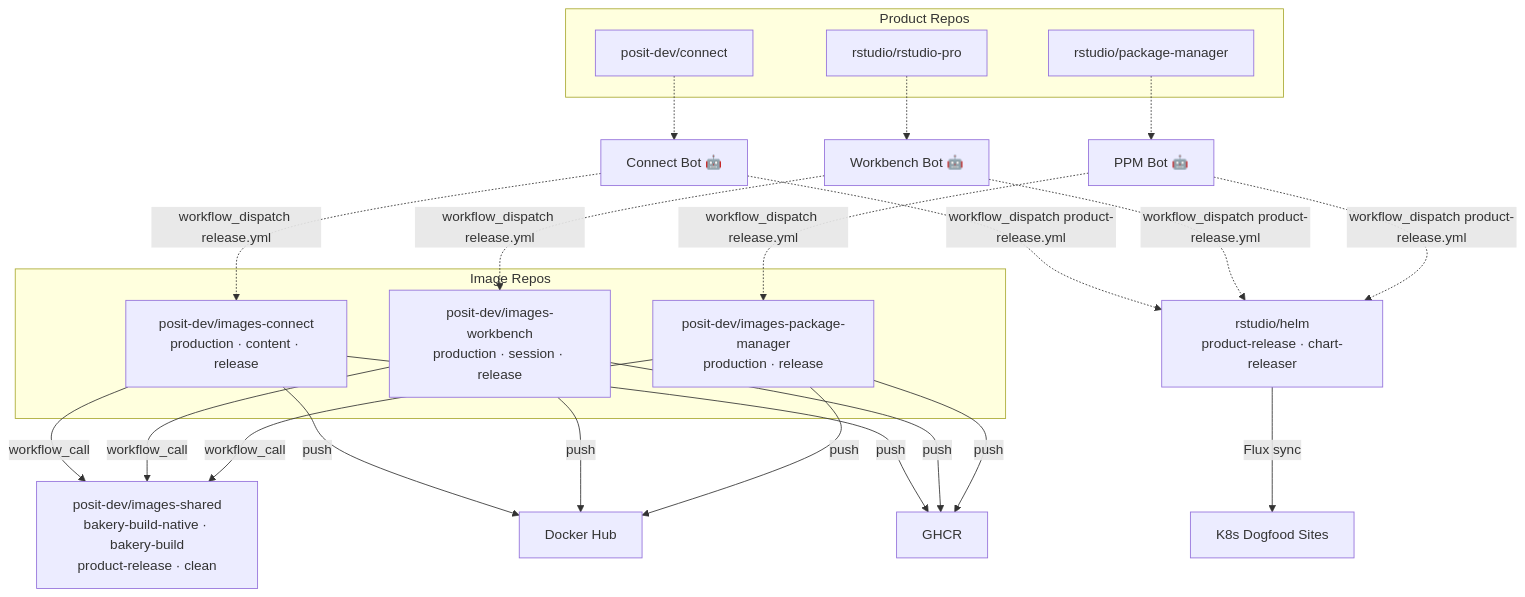
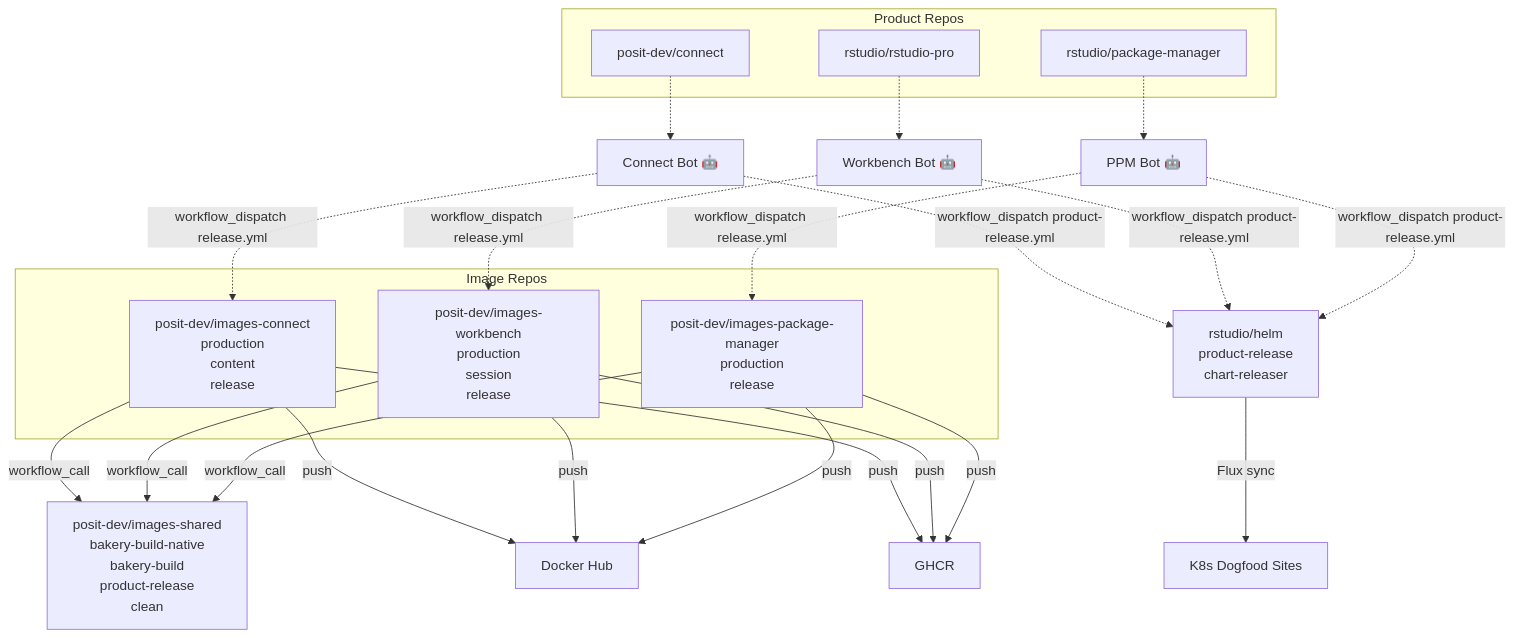
One commit to posit-dev/images-shared changed the second of 3 diagrams in docs/cross-repo-dag.md. Above: the diagram before and after it, drawn with Mermaid. The commit also changed other lines of this file, not shown here.

Commit message:
List workflows on separate lines in DAG nodes
Each workflow gets its own line instead of dot-separated inline
lists. Makes the graph nodes taller and easier to scan.

````diff
--- a/docs/cross-repo-dag.md
+++ b/docs/cross-repo-dag.md
@@ -48,51 +48,51 @@
 ```mermaid
 graph TD
     subgraph "Product Repos"
         CONNECT_PROD["posit-dev/connect"]
         WORKBENCH_PROD["rstudio/rstudio-pro"]
         PPM_PROD["rstudio/package-manager"]
     end
 
     CONNECT_BOT["Connect Bot 🤖"]
     WORKBENCH_BOT["Workbench Bot 🤖"]
     PPM_BOT["PPM Bot 🤖"]
 
     CONNECT_PROD -.-> CONNECT_BOT
     WORKBENCH_PROD -.-> WORKBENCH_BOT
     PPM_PROD -.-> PPM_BOT
 
     CONNECT_BOT -.->|"workflow_dispatch release.yml"| IMG_CONNECT
     WORKBENCH_BOT -.->|"workflow_dispatch release.yml"| IMG_WORKBENCH
     PPM_BOT -.->|"workflow_dispatch release.yml"| IMG_PM
 
     subgraph "Image Repos"
-        IMG_CONNECT["posit-dev/images-connect<br/>production · content · release"]
-        IMG_WORKBENCH["posit-dev/images-workbench<br/>production · session · release"]
-        IMG_PM["posit-dev/images-package-manager<br/>production · release"]
+        IMG_CONNECT["posit-dev/images-connect<br/>production<br/>content<br/>release"]
+        IMG_WORKBENCH["posit-dev/images-workbench<br/>production<br/>session<br/>release"]
+        IMG_PM["posit-dev/images-package-manager<br/>production<br/>release"]
     end
 
     IMG_CONNECT -->|workflow_call| SHARED
     IMG_WORKBENCH -->|workflow_call| SHARED
     IMG_PM -->|workflow_call| SHARED
 
-    SHARED["posit-dev/images-shared<br/>bakery-build-native · bakery-build<br/>product-release · clean"]
+    SHARED["posit-dev/images-shared<br/>bakery-build-native<br/>bakery-build<br/>product-release<br/>clean"]
 
     IMG_CONNECT -->|push| DOCKERHUB
     IMG_CONNECT -->|push| GHCR
     IMG_WORKBENCH -->|push| DOCKERHUB
     IMG_WORKBENCH -->|push| GHCR
     IMG_PM -->|push| DOCKERHUB
     IMG_PM -->|push| GHCR
 
     DOCKERHUB["Docker Hub"]
     GHCR["GHCR"]
 
     CONNECT_BOT -.->|"workflow_dispatch product-release.yml"| HELM
     WORKBENCH_BOT -.->|"workflow_dispatch product-release.yml"| HELM
     PPM_BOT -.->|"workflow_dispatch product-release.yml"| HELM
 
-    HELM["rstudio/helm<br/>product-release · chart-releaser"]
+    HELM["rstudio/helm<br/>product-release<br/>chart-releaser"]
     HELM -->|Flux sync| K8S
 
     K8S["K8s Dogfood Sites"]
 ```
````
